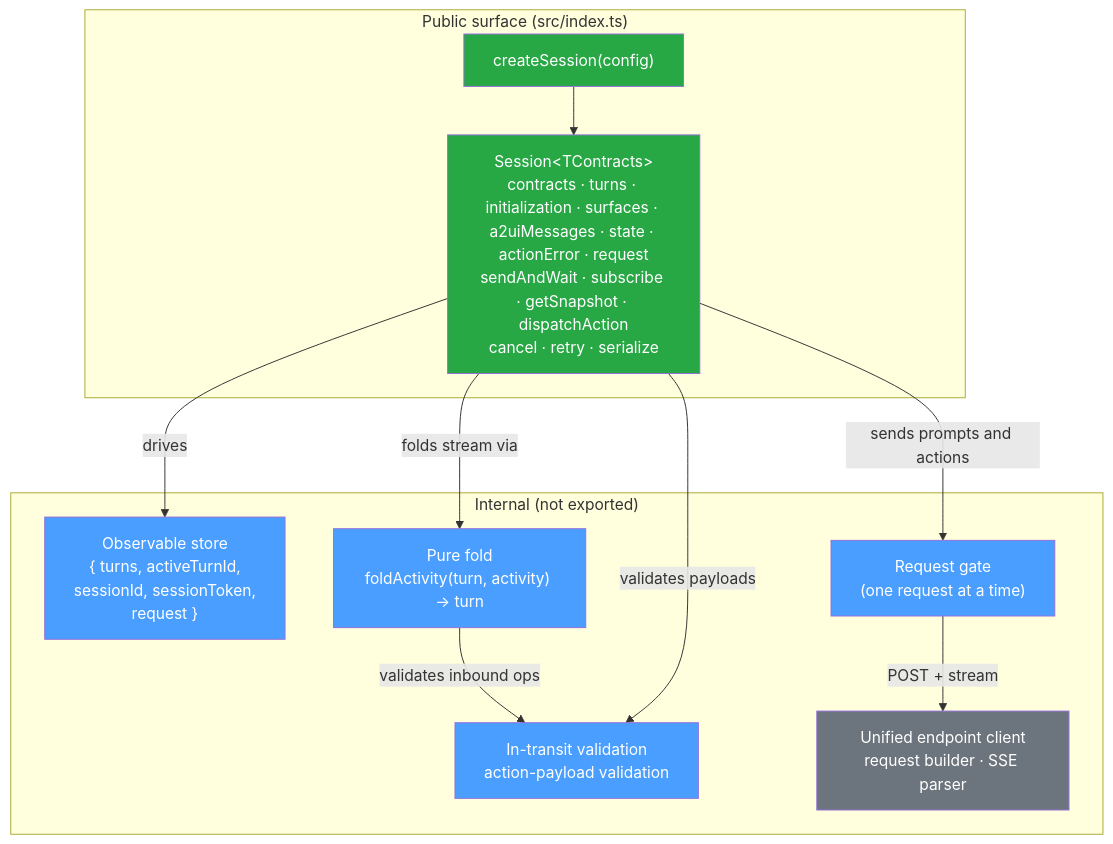
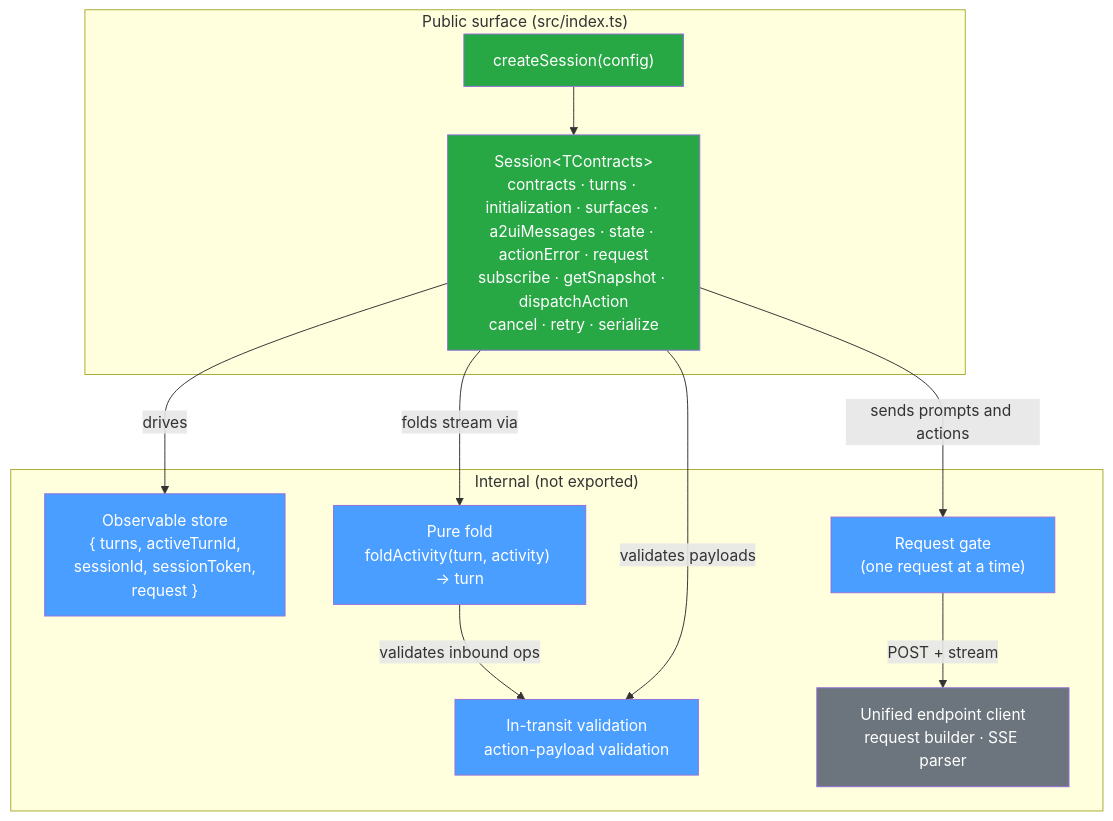
Before and after one commit to coveo/ui-kit: the first of 2 diagrams in packages/thermidor/docs/architecture.md, drawn with Mermaid. The commit also changed other lines of this file and 25 other files, not shown here.

Commit message:
feat(thermidor): await the renderer's dispatch instead of sendAndWait j:KIT-6424

````diff
--- a/packages/thermidor/docs/architecture.md
+++ b/packages/thermidor/docs/architecture.md
@@ -17,31 +17,31 @@
 ```mermaid
 graph TB
     subgraph "Public surface (src/index.ts)"
         CS["createSession(config)"]
-        SESSION["Session&lt;TContracts&gt;<br/>contracts · turns · initialization · surfaces · a2uiMessages · state · actionError · request<br/>sendAndWait · subscribe · getSnapshot · dispatchAction<br/>cancel · retry · serialize"]
+        SESSION["Session&lt;TContracts&gt;<br/>contracts · turns · initialization · surfaces · a2uiMessages · state · actionError · request<br/>subscribe · getSnapshot · dispatchAction<br/>cancel · retry · serialize"]
     end
 
     subgraph "Internal (not exported)"
         STORE["Observable store<br/>{ turns, activeTurnId,<br/>sessionId, sessionToken,<br/>request }"]
         FOLD["Pure fold<br/>foldActivity(turn, activity) → turn"]
         VALID["In-transit validation<br/>action-payload validation"]
         GATE["Request gate<br/>(one request at a time)"]
         API["Unified endpoint client<br/>request builder · SSE parser"]
     end
 
     CS --> SESSION
     SESSION -->|drives| STORE
     SESSION -->|folds stream via| FOLD
     FOLD -->|validates inbound ops| VALID
     SESSION -->|validates payloads| VALID
     SESSION -->|sends prompts and actions| GATE
     GATE -->|POST + stream| API
 
     style CS fill:#28a745,color:#fff
     style SESSION fill:#28a745,color:#fff
     style STORE fill:#4a9eff,color:#fff
     style FOLD fill:#4a9eff,color:#fff
     style VALID fill:#4a9eff,color:#fff
     style GATE fill:#4a9eff,color:#fff
     style API fill:#6c757d,color:#fff
 ```
````
